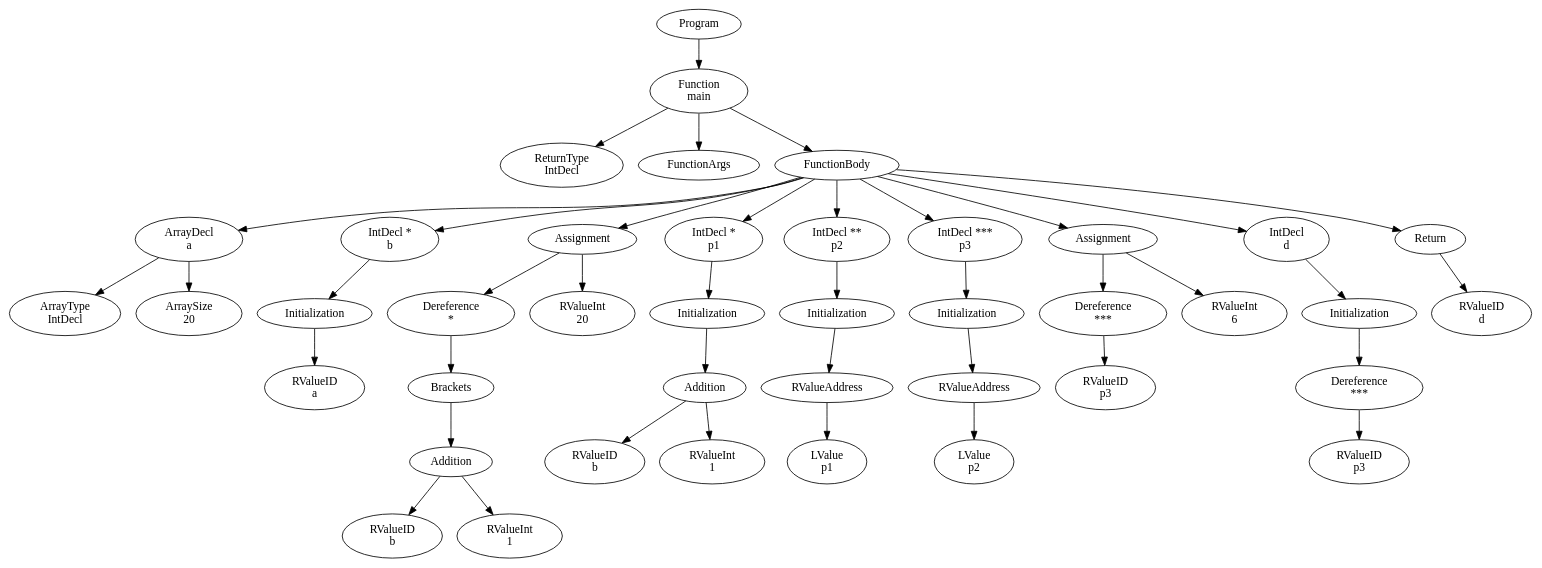
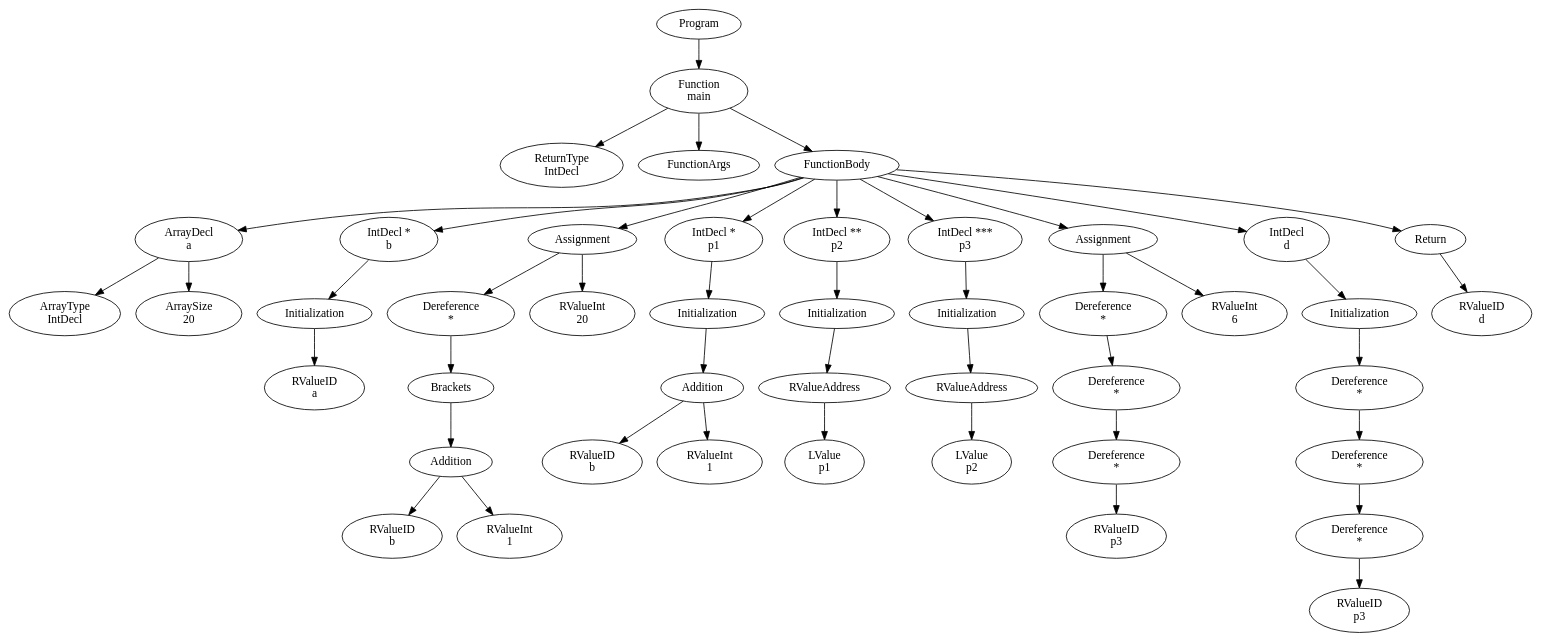
Before and after one commit to FedericoQuin/Compilers: the diagram in official/res/solutions/dereference1.dot, drawn with Graphviz. The commit also changed 5 other files, not shown here.

```diff
--- a/official/res/solutions/dereference1.dot
+++ b/official/res/solutions/dereference1.dot
@@ -1,83 +1,91 @@
 digraph AST {
 1 [label="Program"];
 2 [label="Function \nmain"];
 3 [label="ReturnType \nIntDecl"];
 4 [label="FunctionArgs"];
 5 [label="FunctionBody"];
 6 [label="ArrayDecl \na"];
 7 [label="ArrayType \nIntDecl"];
 8 [label="ArraySize \n20"];
 6 -> 7;
 6 -> 8;
 9 [label="IntDecl * \nb"];
 10 [label="Initialization"];
 11 [label="RValueID \na"];
 10 -> 11;
 9 -> 10;
 12 [label="Assignment"];
 13 [label="Dereference \n*"];
 14 [label="Brackets"];
 15 [label="Addition"];
 16 [label="RValueID \nb"];
 17 [label="RValueInt \n1"];
 15 -> 16;
 15 -> 17;
 14 -> 15;
 13 -> 14;
 18 [label="RValueInt \n20"];
 12 -> 13;
 12 -> 18;
 19 [label="IntDecl * \np1"];
 20 [label="Initialization"];
 21 [label="Addition"];
 22 [label="RValueID \nb"];
 23 [label="RValueInt \n1"];
 21 -> 22;
 21 -> 23;
 20 -> 21;
 19 -> 20;
 24 [label="IntDecl ** \np2"];
 25 [label="Initialization"];
 26 [label="RValueAddress"];
 27 [label="LValue \np1"];
 26 -> 27;
 25 -> 26;
 24 -> 25;
 28 [label="IntDecl *** \np3"];
 29 [label="Initialization"];
 30 [label="RValueAddress"];
 31 [label="LValue \np2"];
 30 -> 31;
 29 -> 30;
 28 -> 29;
 32 [label="Assignment"];
-33 [label="Dereference \n***"];
-34 [label="RValueID \np3"];
+33 [label="Dereference \n*"];
+34 [label="Dereference \n*"];
+35 [label="Dereference \n*"];
+36 [label="RValueID \np3"];
+35 -> 36;
+34 -> 35;
 33 -> 34;
-35 [label="RValueInt \n6"];
+37 [label="RValueInt \n6"];
 32 -> 33;
-32 -> 35;
-36 [label="IntDecl \nd"];
-37 [label="Initialization"];
-38 [label="Dereference \n***"];
-39 [label="RValueID \np3"];
+32 -> 37;
+38 [label="IntDecl \nd"];
+39 [label="Initialization"];
+40 [label="Dereference \n*"];
+41 [label="Dereference \n*"];
+42 [label="Dereference \n*"];
+43 [label="RValueID \np3"];
+42 -> 43;
+41 -> 42;
+40 -> 41;
+39 -> 40;
 38 -> 39;
-37 -> 38;
-36 -> 37;
-40 [label="Return"];
-41 [label="RValueID \nd"];
-40 -> 41;
+44 [label="Return"];
+45 [label="RValueID \nd"];
+44 -> 45;
 5 -> 6;
 5 -> 9;
 5 -> 12;
 5 -> 19;
 5 -> 24;
 5 -> 28;
 5 -> 32;
-5 -> 36;
-5 -> 40;
+5 -> 38;
+5 -> 44;
 2 -> 3;
 2 -> 4;
 2 -> 5;
 1 -> 2;
 }
```
